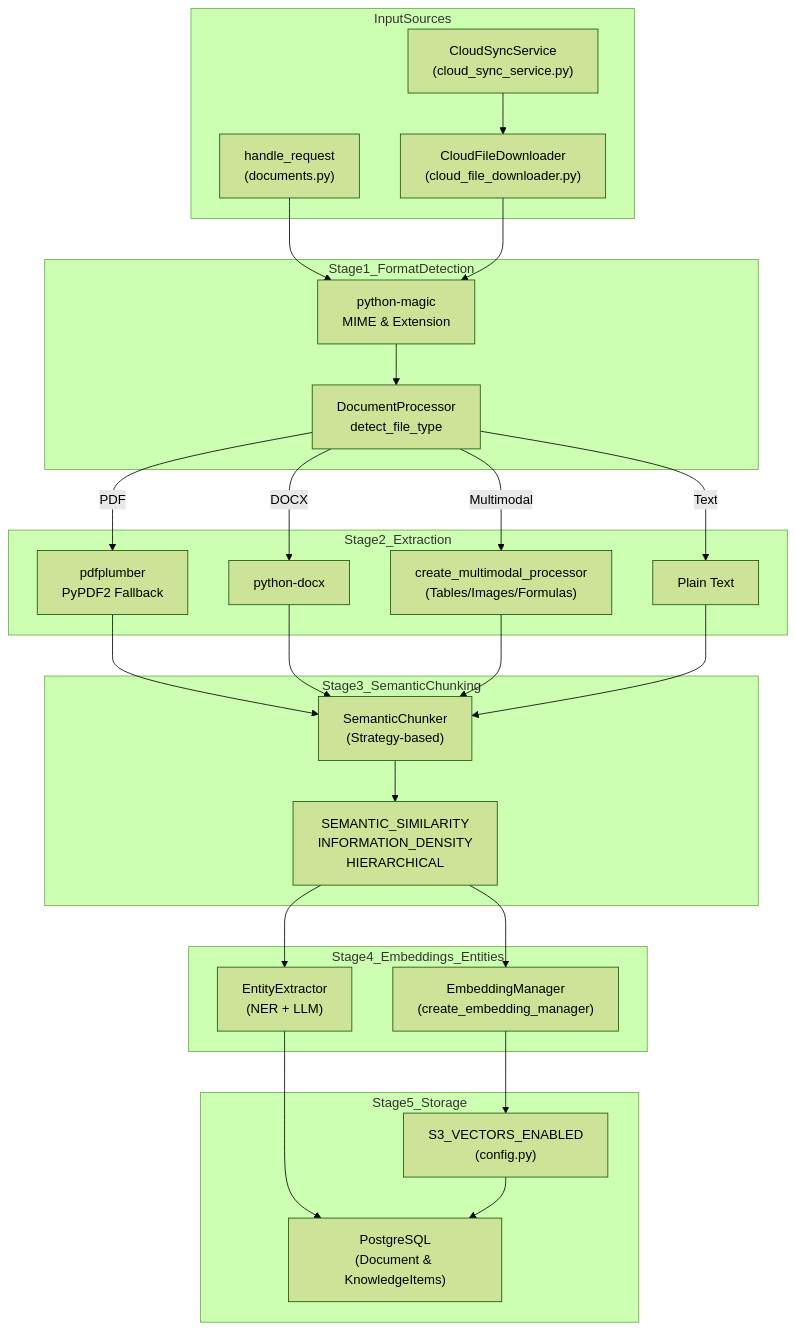
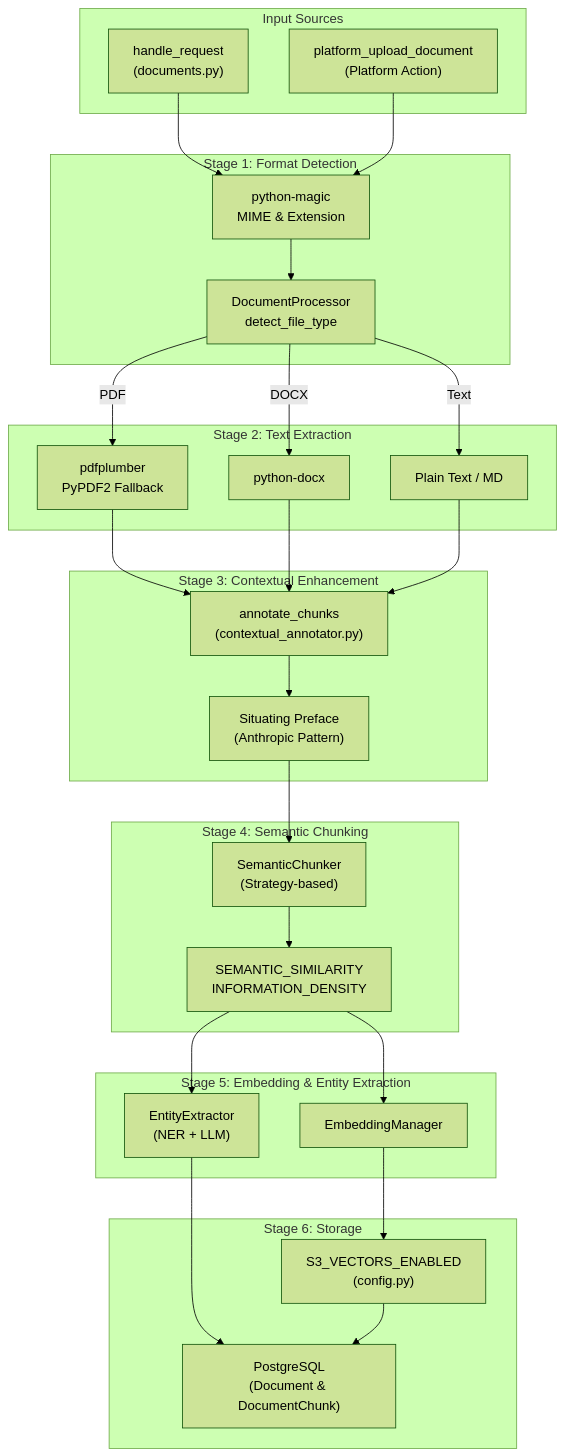
Before and after one commit to AutomatosAI/automatos-ai: the first of 2 diagrams in docs/knowledge-base-rag/document-ingestion-pipeline.md, drawn with Mermaid (forest theme). The commit also changed other lines of this file and 191 other files, not shown here.

````diff
--- a/docs/knowledge-base-rag/document-ingestion-pipeline.md
+++ b/docs/knowledge-base-rag/document-ingestion-pipeline.md
@@ -39,58 +41,61 @@
 ```mermaid
 graph TB
-    subgraph "InputSources"
+    subgraph "Input Sources"
         Upload["handle_request<br/>(documents.py)"]
-        CloudSync["CloudSyncService<br/>(cloud_sync_service.py)"]
-        CloudDown["CloudFileDownloader<br/>(cloud_file_downloader.py)"]
+        PlatformUpload["platform_upload_document<br/>(Platform Action)"]
     end
     
-    subgraph "Stage1_FormatDetection"
+    subgraph "Stage 1: Format Detection"
         MagicDetect["python-magic<br/>MIME & Extension"]
         FormatRoute["DocumentProcessor<br/>detect_file_type"]
     end
     
-    subgraph "Stage2_Extraction"
+    subgraph "Stage 2: Text Extraction"
         PDFExtract["pdfplumber<br/>PyPDF2 Fallback"]
         DOCXExtract["python-docx"]
-        MultiModal["create_multimodal_processor<br/>(Tables/Images/Formulas)"]
-        TextExtract["Plain Text"]
+        TextExtract["Plain Text / MD"]
+    end
+
+    subgraph "Stage 3: Contextual Enhancement"
+        Annotator["annotate_chunks<br/>(contextual_annotator.py)"]
+        LLMAnnotate["Situating Preface<br/>(Anthropic Pattern)"]
     end
     
-    subgraph "Stage3_SemanticChunking"
+    subgraph "Stage 4: Semantic Chunking"
         SemanticChunker["SemanticChunker<br/>(Strategy-based)"]
-        Strategies["SEMANTIC_SIMILARITY<br/>INFORMATION_DENSITY<br/>HIERARCHICAL"]
+        Strategies["SEMANTIC_SIMILARITY<br/>INFORMATION_DENSITY"]
     end
     
-    subgraph "Stage4_Embeddings_Entities"
-        EmbedMgr["EmbeddingManager<br/>(create_embedding_manager)"]
+    subgraph "Stage 5: Embedding & Entity Extraction"
+        EmbedMgr["EmbeddingManager"]
         EntityExt["EntityExtractor<br/>(NER + LLM)"]
     end
     
-    subgraph "Stage5_Storage"
+    subgraph "Stage 6: Storage"
         S3Vectors["S3_VECTORS_ENABLED<br/>(config.py)"]
-        PGMetadata["PostgreSQL<br/>(Document & KnowledgeItems)"]
+        PGMetadata["PostgreSQL<br/>(Document & DocumentChunk)"]
     end
     
     Upload --> MagicDetect
-    CloudSync --> CloudDown
-    CloudDown --> MagicDetect
+    PlatformUpload --> MagicDetect
     MagicDetect --> FormatRoute
     
     FormatRoute -->|PDF| PDFExtract
     FormatRoute -->|DOCX| DOCXExtract
-    FormatRoute -->|Multimodal| MultiModal
     FormatRoute -->|Text| TextExtract
     
-    PDFExtract --> SemanticChunker
-    DOCXExtract --> SemanticChunker
-    MultiModal --> SemanticChunker
-    TextExtract --> SemanticChunker
+    PDFExtract --> Annotator
+    DOCXExtract --> Annotator
+    TextExtract --> Annotator
+
+    Annotator --> LLMAnnotate
+    LLMAnnotate --> SemanticChunker
     
     SemanticChunker --> Strategies
     Strategies --> EmbedMgr
     Strategies --> EntityExt
     
     EmbedMgr --> S3Vectors
     EntityExt --> PGMetadata
     S3Vectors --> PGMetadata
 ```
````
